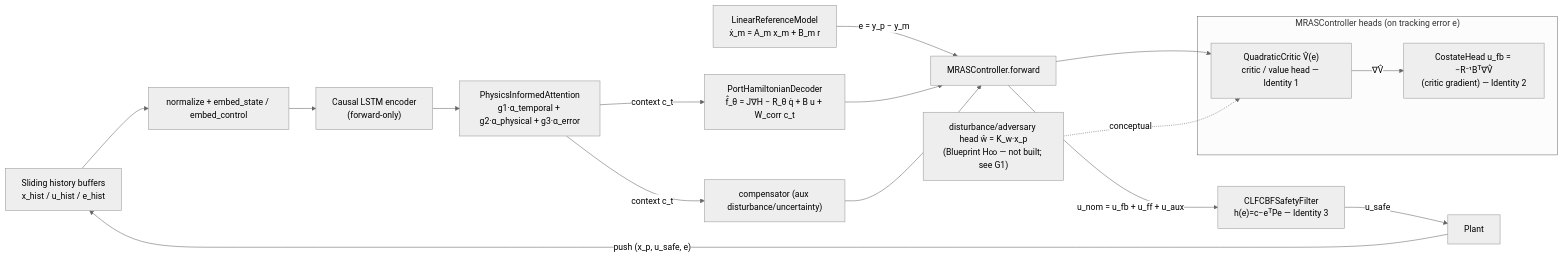
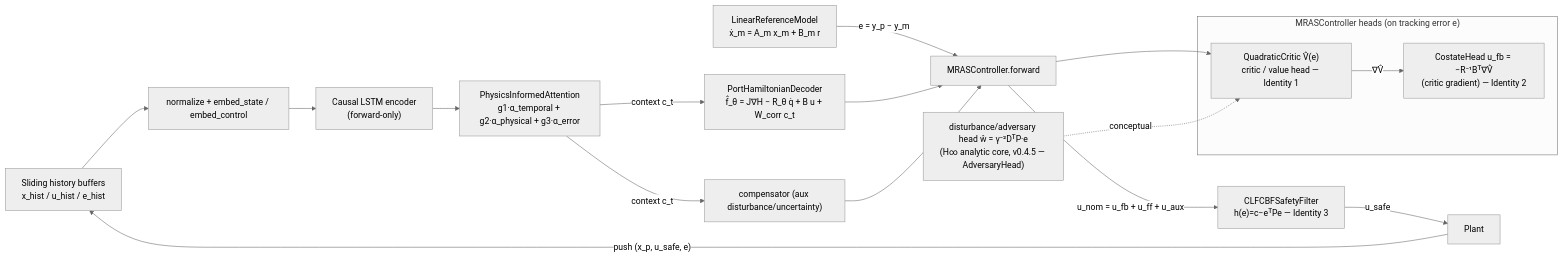
The diagram in docs/architecture/ARCHITECTURE.md (danielsimonjr/PITS-MRAS), drawn with Mermaid (neutral theme) before and after one commit. The commit also changed other lines of this file and 19 other files, not shown here.

First line of the commit message:
release(v0.4.5): H-infinity adversary core (v0.4.x line complete)

````diff
--- a/docs/architecture/ARCHITECTURE.md
+++ b/docs/architecture/ARCHITECTURE.md
@@ -363,21 +364,21 @@
 ```mermaid
 flowchart LR
     H["Sliding history buffers<br/>x_hist / u_hist / e_hist"] --> EMB["normalize + embed_state / embed_control"]
     EMB --> LSTM["Causal LSTM encoder<br/>(forward-only)"]
     LSTM --> ATT["PhysicsInformedAttention<br/>g1·α_temporal + g2·α_physical + g3·α_error"]
     ATT -->|"context c_t"| DEC["PortHamiltonianDecoder<br/>f̂_θ = J∇H − R_θ q̇ + B u + W_corr c_t"]
     ATT -->|"context c_t"| COMP["compensator (aux disturbance/uncertainty)"]
     REF["LinearReferenceModel<br/>ẋ_m = A_m x_m + B_m r"] -->|"e = y_p − y_m"| MRAS
     DEC --> MRAS["MRASController.forward"]
     COMP --> MRAS
     subgraph MRAS_HEADS["MRASController heads (on tracking error e)"]
         CRIT["QuadraticCritic V̂(e)<br/>critic / value head — Identity 1"]
         COST["CostateHead u_fb = −R⁻¹Bᵀ∇V̂<br/>(critic gradient) — Identity 2"]
         CRIT -->|"∇V̂"| COST
     end
     MRAS --> CRIT
     MRAS -->|"u_nom = u_fb + u_ff + u_aux"| SF["CLFCBFSafetyFilter<br/>h(e)=c−eᵀPe — Identity 3"]
-    ADV["disturbance/adversary head ŵ = K_w·x_p<br/>(Blueprint H∞ — not built; see G1)"] -.->|"conceptual"| CRIT
+    ADV["disturbance/adversary head ŵ = γ⁻²DᵀP·e<br/>(H∞ analytic core, v0.4.5 — AdversaryHead)"] -.->|"conceptual"| CRIT
     SF -->|"u_safe"| PLANT["Plant"]
     PLANT -->|"push (x_p, u_safe, e)"| H
 ```
````
